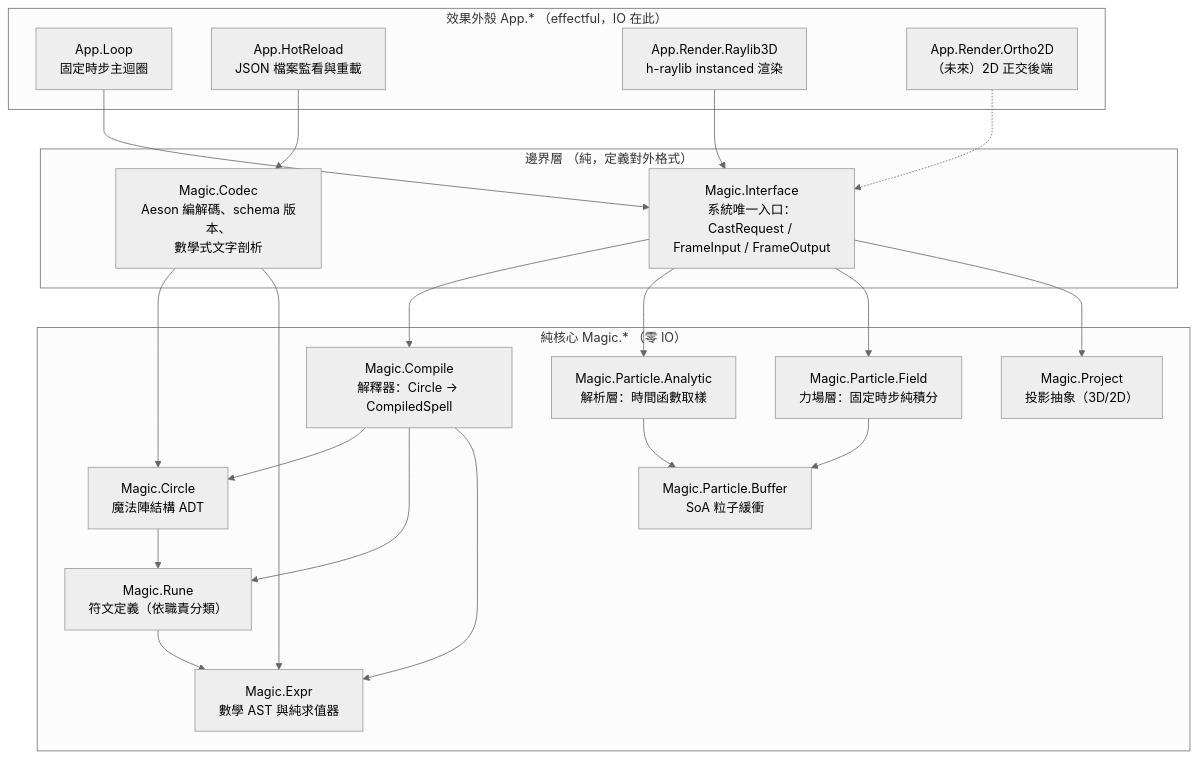
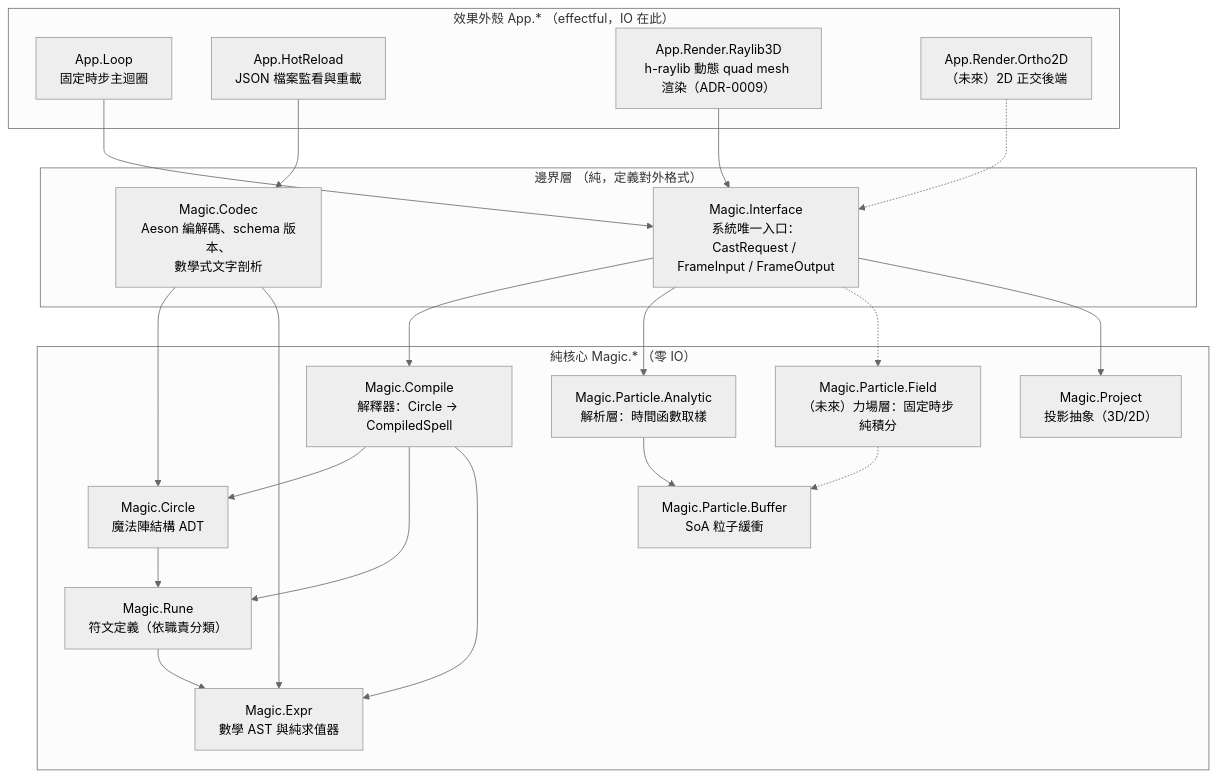
Before and after one commit to utomore/particle-magic-system: the first of 4 diagrams in docs/architecture.md, drawn with Mermaid (neutral theme). The commit also changed other lines of this file and 4 other files, not shown here.

First line of the commit message:
Add func-spec 0006 (lifecycle & formation) + ADR-0009 + architecture doc-debt

````diff
--- a/docs/architecture.md
+++ b/docs/architecture.md
@@ -39,45 +39,45 @@
 ```mermaid
 flowchart TD
     subgraph Shell["效果外殼 App.* （effectful，IO 在此）"]
         Loop["App.Loop<br/>固定時步主迴圈"]
         HotReload["App.HotReload<br/>JSON 檔案監看與重載"]
-        Render3D["App.Render.Raylib3D<br/>h-raylib instanced 渲染"]
+        Render3D["App.Render.Raylib3D<br/>h-raylib 動態 quad mesh 渲染（ADR-0009）"]
         Render2D["App.Render.Ortho2D<br/>（未來）2D 正交後端"]
     end
 
     subgraph Boundary["邊界層 （純，定義對外格式）"]
         Interface["Magic.Interface<br/>系統唯一入口：<br/>CastRequest / FrameInput / FrameOutput"]
         Codec["Magic.Codec<br/>Aeson 編解碼、schema 版本、<br/>數學式文字剖析"]
     end
 
     subgraph Core["純核心 Magic.* （零 IO）"]
         Circle["Magic.Circle<br/>魔法陣結構 ADT"]
         Rune["Magic.Rune<br/>符文定義（依職責分類）"]
         Expr["Magic.Expr<br/>數學 AST 與純求值器"]
         Compile["Magic.Compile<br/>解釋器：Circle → CompiledSpell"]
         Analytic["Magic.Particle.Analytic<br/>解析層：時間函數取樣"]
-        Field["Magic.Particle.Field<br/>力場層：固定時步純積分"]
+        Field["Magic.Particle.Field<br/>（未來）力場層：固定時步純積分"]
         Buffer["Magic.Particle.Buffer<br/>SoA 粒子緩衝"]
         Project["Magic.Project<br/>投影抽象（3D/2D）"]
     end
 
     Loop --> Interface
     HotReload --> Codec
     Render3D --> Interface
     Render2D -.-> Interface
 
     Interface --> Compile
     Interface --> Analytic
-    Interface --> Field
+    Interface -.-> Field
     Codec --> Circle
     Codec --> Expr
 
     Compile --> Circle
     Compile --> Rune
     Compile --> Expr
     Circle --> Rune
     Rune --> Expr
     Analytic --> Buffer
-    Field --> Buffer
+    Field -.-> Buffer
     Interface --> Project
 ```
````
